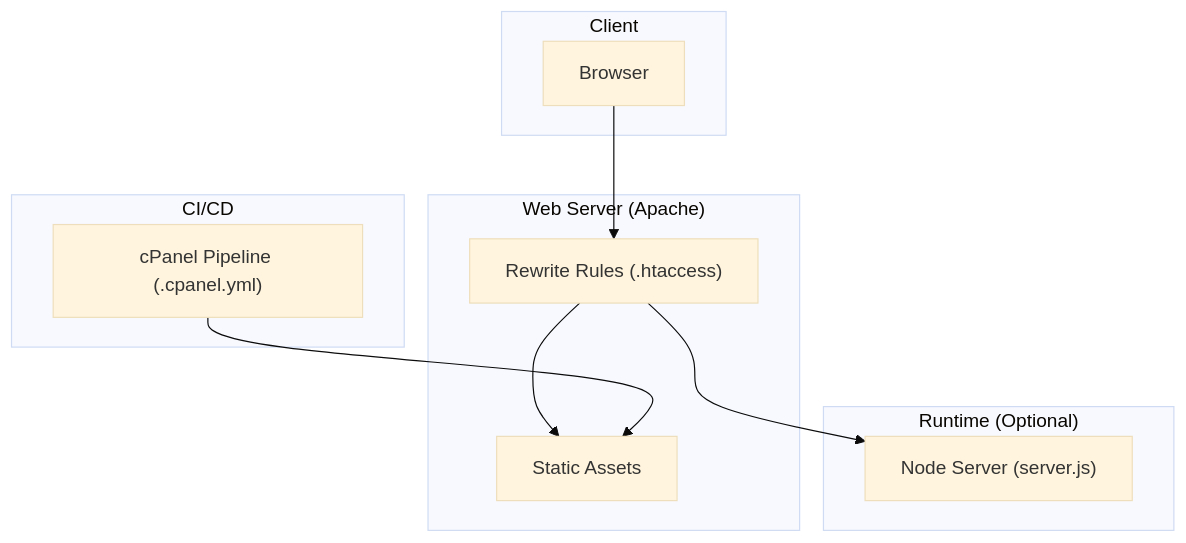
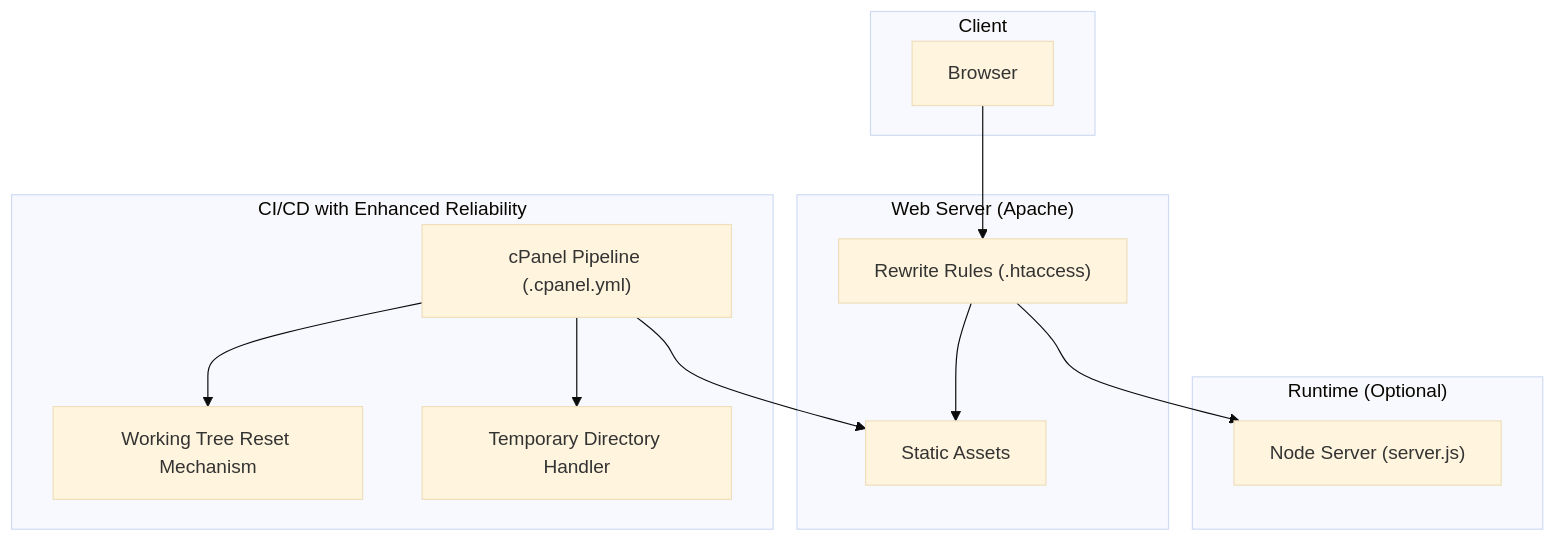
One commit to Dunstun2/GeniusMind-Home-Schooling changed the second of 3 diagrams in .qoder/repowiki/en/content/Deployment & DevOps/Deployment & DevOps.md. Above: the diagram before and after it, drawn with Mermaid (base theme). The commit also changed other lines of this file and 42 other files, not shown here.

````diff
--- a/.qoder/repowiki/en/content/Deployment & DevOps/Deployment & DevOps.md
+++ b/.qoder/repowiki/en/content/Deployment & DevOps/Deployment & DevOps.md
@@ -68,20 +81,24 @@
 ```mermaid
 graph TB
 subgraph "Client"
 U["Browser"]
 end
 subgraph "Web Server (Apache)"
 R["Rewrite Rules (.htaccess)"]
 S["Static Assets"]
 end
 subgraph "Runtime (Optional)"
 N["Node Server (server.js)"]
 end
-subgraph "CI/CD"
+subgraph "CI/CD with Enhanced Reliability"
 C["cPanel Pipeline (.cpanel.yml)"]
+W["Working Tree Reset Mechanism"]
+T["Temporary Directory Handler"]
 end
 U --> R
 R --> S
 R --> N
 C --> S
+C --> W
+C --> T
 ```
````
